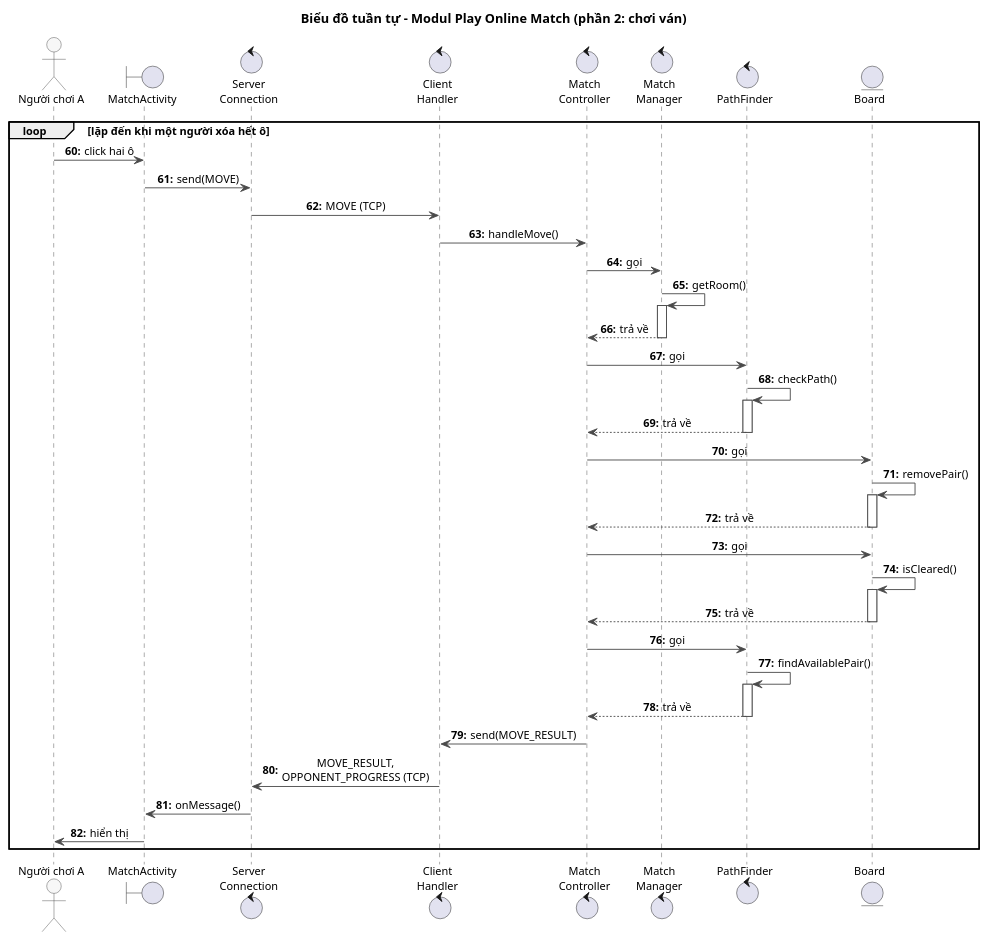
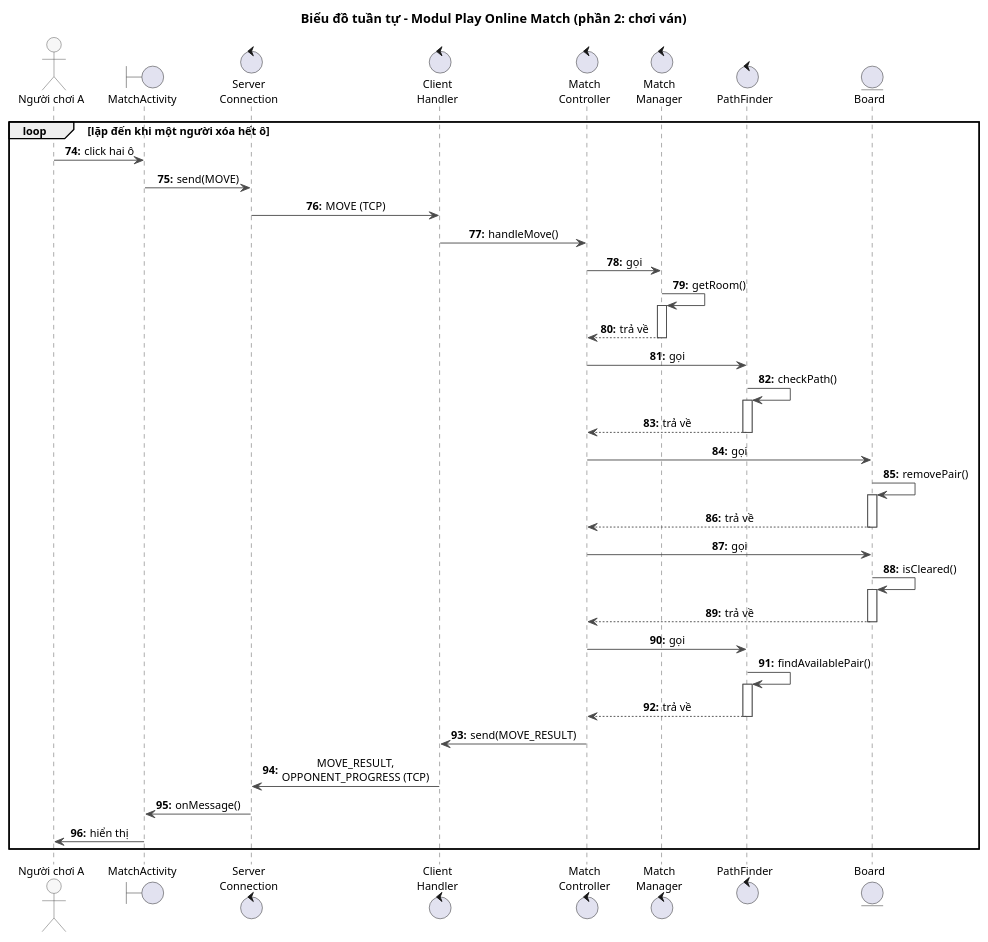
The diagram in docs/uml/pha3/seq-m4-2.puml (VattenL/mobile-pikachu), drawn with PlantUML before and after one commit. The commit also changed 73 other files, not shown here.

```diff
--- a/docs/uml/pha3/seq-m4-2.puml
+++ b/docs/uml/pha3/seq-m4-2.puml
@@ -1,63 +1,63 @@
 @startuml seq-m4-2
 title Biểu đồ tuần tự - Modul Play Online Match (phần 2: chơi ván)
 
 skinparam shadowing false
 skinparam defaultFontSize 12
 skinparam sequenceMessageAlign center
 skinparam responseMessageBelowArrow true
 skinparam ArrowColor #4A4A4A
 skinparam sequence {
   LifeLineBorderColor #4A4A4A
   ParticipantBorderColor #4A4A4A
   ParticipantBackgroundColor #F7F7F7
   ActorBorderColor #4A4A4A
   ActorBackgroundColor #F7F7F7
 }
 autonumber "<b>0:"
-autonumber 60 "<b>0:"
+autonumber 74 "<b>0:"
 
 actor "Người chơi A" as A
 boundary MatchActivity
 control "Server\nConnection" as ServerConnection
 control "Client\nHandler" as ClientHandler
 control "Match\nController" as MatchController
 control "Match\nManager" as MatchManager
 control PathFinder
 entity Board
 
 loop lặp đến khi một người xóa hết ô
 A -> MatchActivity : click hai ô
 MatchActivity -> ServerConnection : send(MOVE)
 ServerConnection -> ClientHandler : MOVE (TCP)
 ClientHandler -> MatchController : handleMove()
 MatchController -> MatchManager : gọi
 MatchManager -> MatchManager : getRoom()
 activate MatchManager
 MatchManager --> MatchController : trả về
 deactivate MatchManager
 MatchController -> PathFinder : gọi
 PathFinder -> PathFinder : checkPath()
 activate PathFinder
 PathFinder --> MatchController : trả về
 deactivate PathFinder
 MatchController -> Board : gọi
 Board -> Board : removePair()
 activate Board
 Board --> MatchController : trả về
 deactivate Board
 MatchController -> Board : gọi
 Board -> Board : isCleared()
 activate Board
 Board --> MatchController : trả về
 deactivate Board
 MatchController -> PathFinder : gọi
 PathFinder -> PathFinder : findAvailablePair()
 activate PathFinder
 PathFinder --> MatchController : trả về
 deactivate PathFinder
 MatchController -> ClientHandler : send(MOVE_RESULT)
 ClientHandler -> ServerConnection : MOVE_RESULT,\nOPPONENT_PROGRESS (TCP)
 ServerConnection -> MatchActivity : onMessage()
 MatchActivity -> A : hiển thị
 end
 @enduml
```
